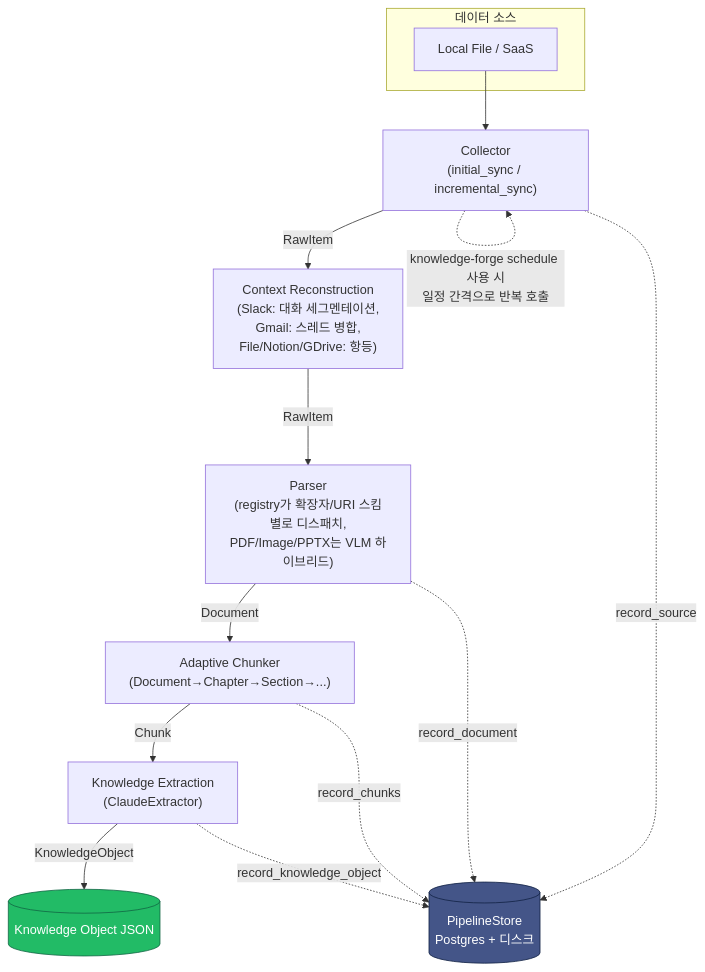
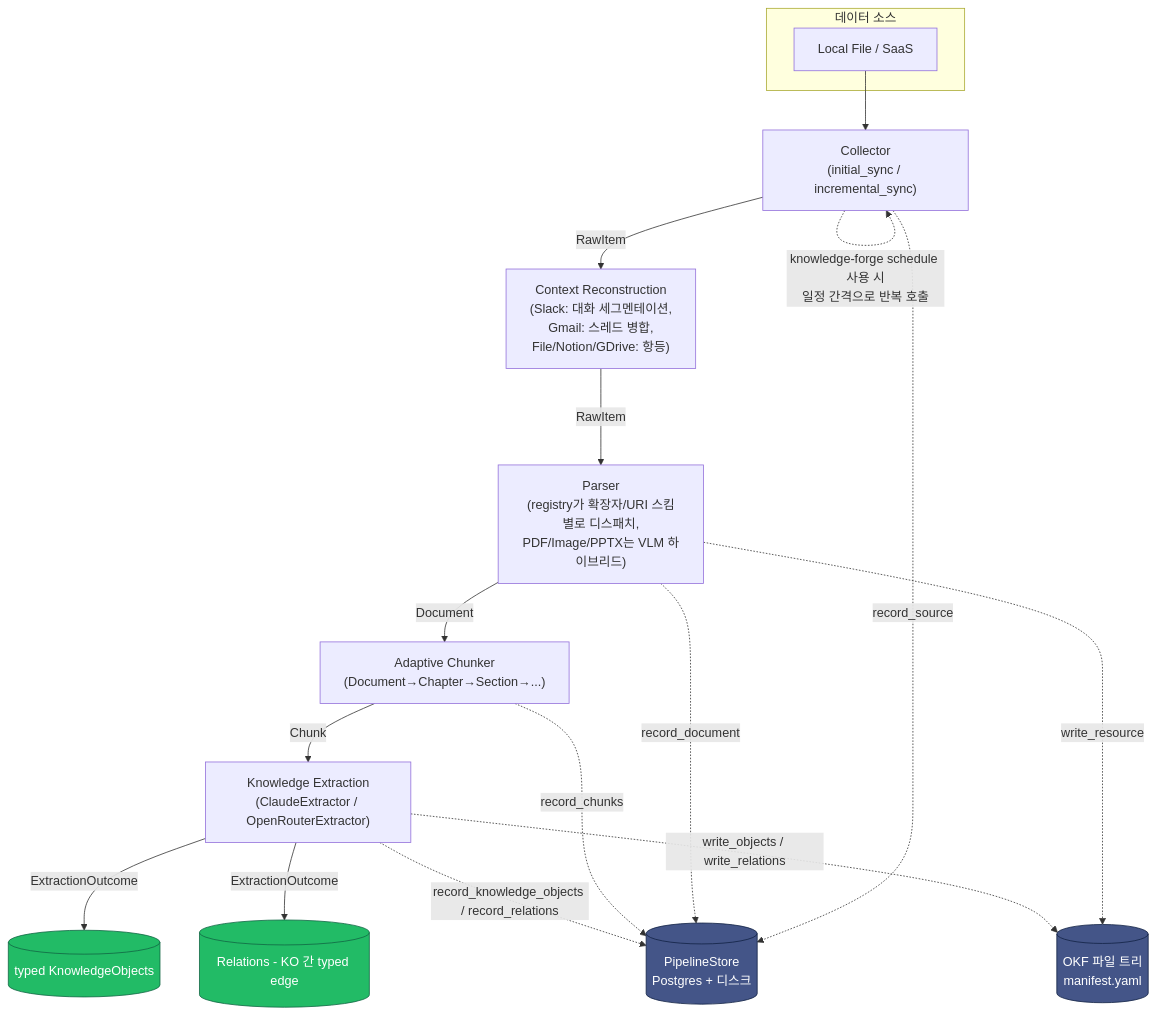
The diagram in wiki/architecture.md (pilsu-choi/knowledge-forge), drawn with Mermaid before and after one commit. The commit also changed other lines of this file and 34 other files, not shown here.

First line of the commit message:
feat: Knowledge Object를 typed envelope + graph relation 모델로 재설계 (Phase 5)

````diff
--- a/wiki/architecture.md
+++ b/wiki/architecture.md
@@ -9,22 +9,27 @@
 ```mermaid
 flowchart TD
     subgraph Sources["데이터 소스"]
         F[Local File / SaaS]
     end
 
     F --> C["Collector\n(initial_sync / incremental_sync)"]
     C -->|RawItem| CR["Context Reconstruction\n(Slack: 대화 세그멘테이션,\nGmail: 스레드 병합,\nFile/Notion/GDrive: 항등)"]
     CR -->|RawItem| P["Parser\n(registry가 확장자/URI 스킴별로 디스패치,\nPDF/Image/PPTX는 VLM 하이브리드)"]
     P -->|Document| CH["Adaptive Chunker\n(Document→Chapter→Section→...)"]
-    CH -->|Chunk| E["Knowledge Extraction\n(ClaudeExtractor)"]
-    E -->|KnowledgeObject| KO[(Knowledge Object JSON)]
+    CH -->|Chunk| E["Knowledge Extraction\n(ClaudeExtractor / OpenRouterExtractor)"]
+    E -->|ExtractionOutcome| KO[(typed KnowledgeObjects)]
+    E -->|ExtractionOutcome| REL[(Relations - KO 간 typed edge)]
 
     C -. "knowledge-forge schedule" 사용 시\n일정 간격으로 반복 호출 .-> C
     C -.->|record_source| ST[(PipelineStore\nPostgres + 디스크)]
     P -.->|record_document| ST
     CH -.->|record_chunks| ST
-    E -.->|record_knowledge_object| ST
+    E -.->|record_knowledge_objects / record_relations| ST
+    P -.->|write_resource| OKF[(OKF 파일 트리\nmanifest.yaml)]
+    E -.->|write_objects / write_relations| OKF
 
     style KO fill:#2b6,stroke:#164,color:#fff
+    style REL fill:#2b6,stroke:#164,color:#fff
     style ST fill:#458,stroke:#124,color:#fff
+    style OKF fill:#458,stroke:#124,color:#fff
 ```
````
